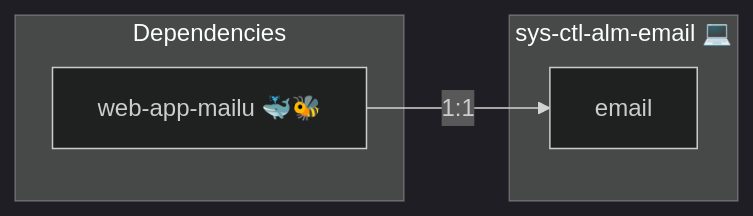
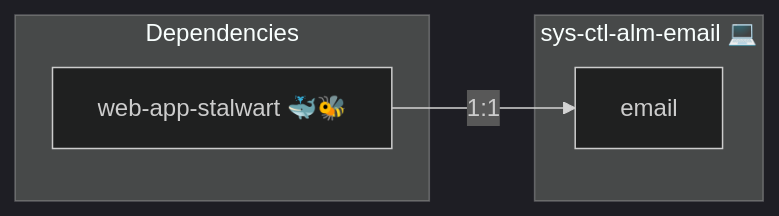
The diagram in roles/sys-ctl-alm-email/README.md (AlejandroRomanIbanez/infinito-nexus), drawn with Mermaid (dark theme) before and after one commit. The commit also changed 67 other files, not shown here.

````diff
--- a/roles/sys-ctl-alm-email/README.md
+++ b/roles/sys-ctl-alm-email/README.md
@@ -15,10 +15,10 @@
 ```mermaid
 flowchart LR
     subgraph deps [Dependencies]
-        dep_web_app_mailu["web-app-mailu 🐳🐝"]
+        dep_web_app_stalwart["web-app-stalwart 🐳🐝"]
     end
     subgraph role [sys-ctl-alm-email 💻]
         svc_email["email"]
     end
-    dep_web_app_mailu -- "1:1" --> svc_email
+    dep_web_app_stalwart -- "1:1" --> svc_email
 ```
````
